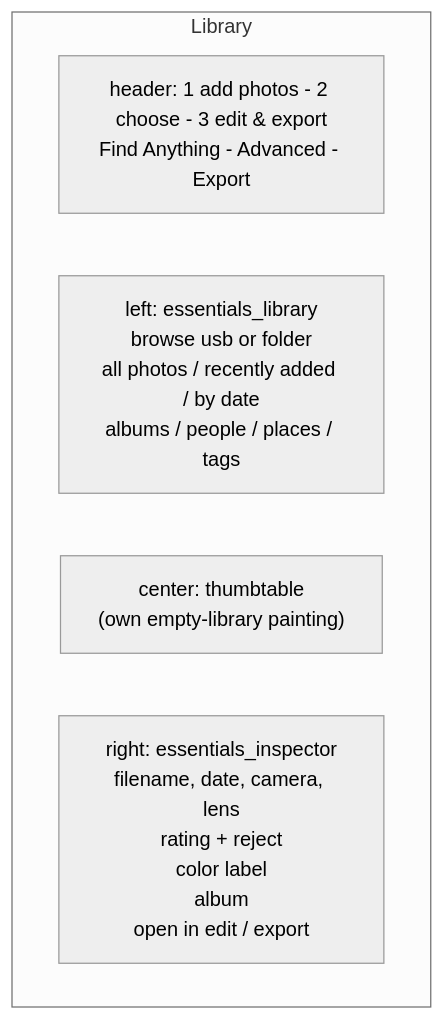
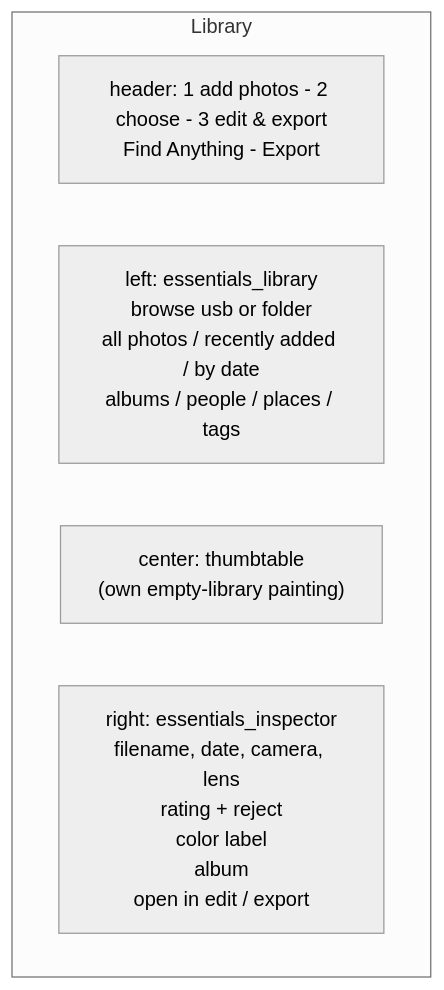
The fourth of 9 diagrams in dev-doc/Essentials_UI_Architecture.md (Issuenate/darktable), drawn with Mermaid (neutral theme) before and after one commit. The commit also changed other lines of this file and 1 other file, not shown here.

````diff
--- a/dev-doc/Essentials_UI_Architecture.md
+++ b/dev-doc/Essentials_UI_Architecture.md
@@ -149,10 +171,10 @@
 ```mermaid
 flowchart LR
     subgraph LIB["Library"]
         direction LR
-        LH["header: 1 add photos - 2 choose - 3 edit & export<br/>Find Anything - Advanced - Export"]
+        LH["header: 1 add photos - 2 choose - 3 edit & export<br/>Find Anything - Export"]
         LL["left: essentials_library<br/>browse usb or folder<br/>all photos / recently added / by date<br/>albums / people / places / tags"]
         LC["center: thumbtable<br/>(own empty-library painting)"]
         LR2["right: essentials_inspector<br/>filename, date, camera, lens<br/>rating + reject<br/>color label<br/>album<br/>open in edit / export"]
     end
 ```
````
